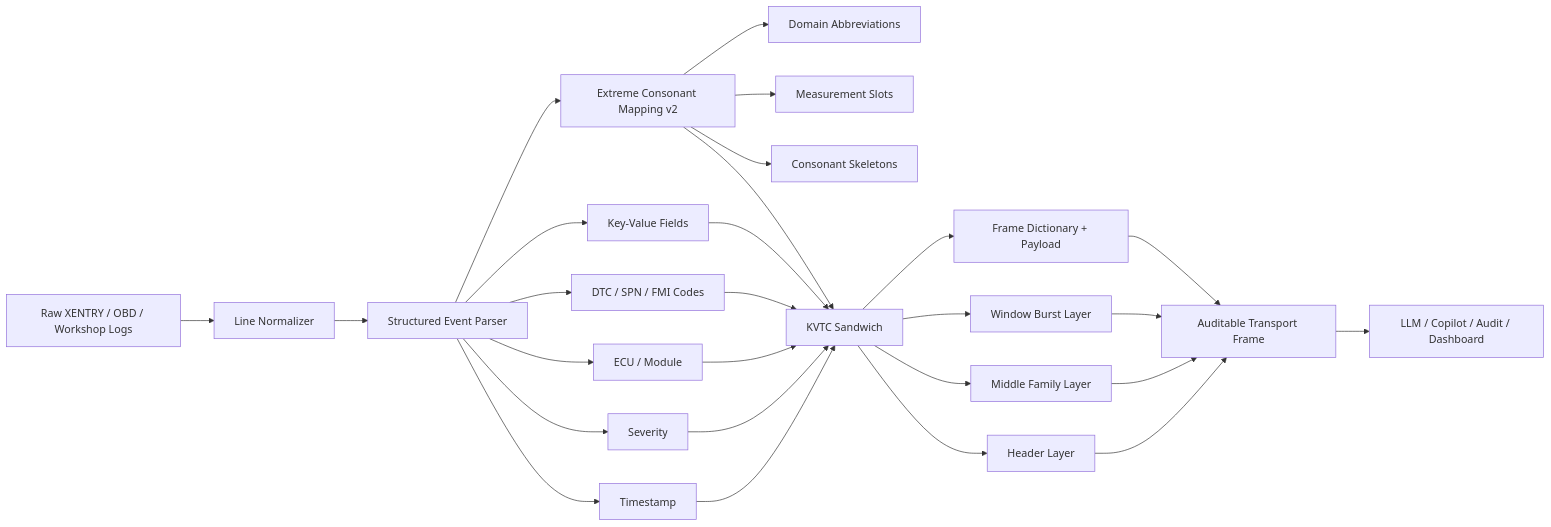
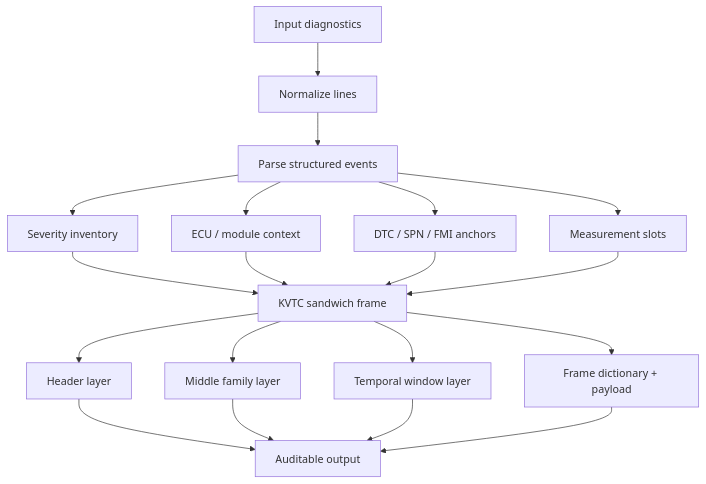
One commit to ProfRandom92/Comptextv7 changed the second of 3 diagrams in README.md. Above: the diagram before and after it, drawn with Mermaid. The commit also changed other lines of this file, not shown here.

Commit message:
Refresh README with professional architecture overview

````diff
--- a/README.md
+++ b/README.md
@@ -33,29 +46,21 @@
 ```mermaid
-flowchart LR
-    A[Raw XENTRY / OBD / Workshop Logs] --> B[Line Normalizer]
-    B --> C[Structured Event Parser]
-    C --> C1[Timestamp]
-    C --> C2[Severity]
-    C --> C3[ECU / Module]
-    C --> C4[DTC / SPN / FMI Codes]
-    C --> C5[Key-Value Fields]
-    C --> D[Extreme Consonant Mapping v2]
-    D --> D1[Domain Abbreviations]
-    D --> D2[Measurement Slots]
-    D --> D3[Consonant Skeletons]
-    C1 --> E[KVTC Sandwich]
-    C2 --> E
-    C3 --> E
-    C4 --> E
-    C5 --> E
-    D --> E
-    E --> H[Header Layer]
-    E --> M[Middle Family Layer]
-    E --> W[Window Burst Layer]
-    E --> F[Frame Dictionary + Payload]
-    H --> G[Auditable Transport Frame]
-    M --> G
-    W --> G
-    F --> G
-    G --> I[LLM / Copilot / Audit / Dashboard]
+flowchart TB
+    A["Input diagnostics"] --> B["Normalize lines"]
+    B --> C["Parse structured events"]
+    C --> D1["Severity inventory"]
+    C --> D2["ECU / module context"]
+    C --> D3["DTC / SPN / FMI anchors"]
+    C --> D4["Measurement slots"]
+    D1 --> E["KVTC sandwich frame"]
+    D2 --> E
+    D3 --> E
+    D4 --> E
+    E --> F1["Header layer"]
+    E --> F2["Middle family layer"]
+    E --> F3["Temporal window layer"]
+    E --> F4["Frame dictionary + payload"]
+    F1 --> G["Auditable output"]
+    F2 --> G
+    F3 --> G
+    F4 --> G
 ```
````
